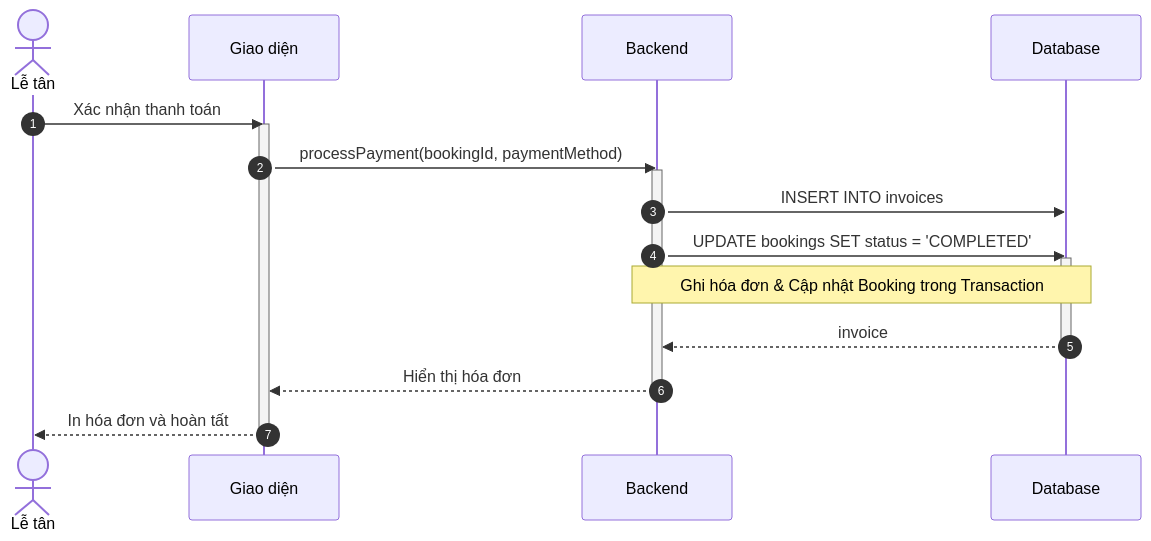
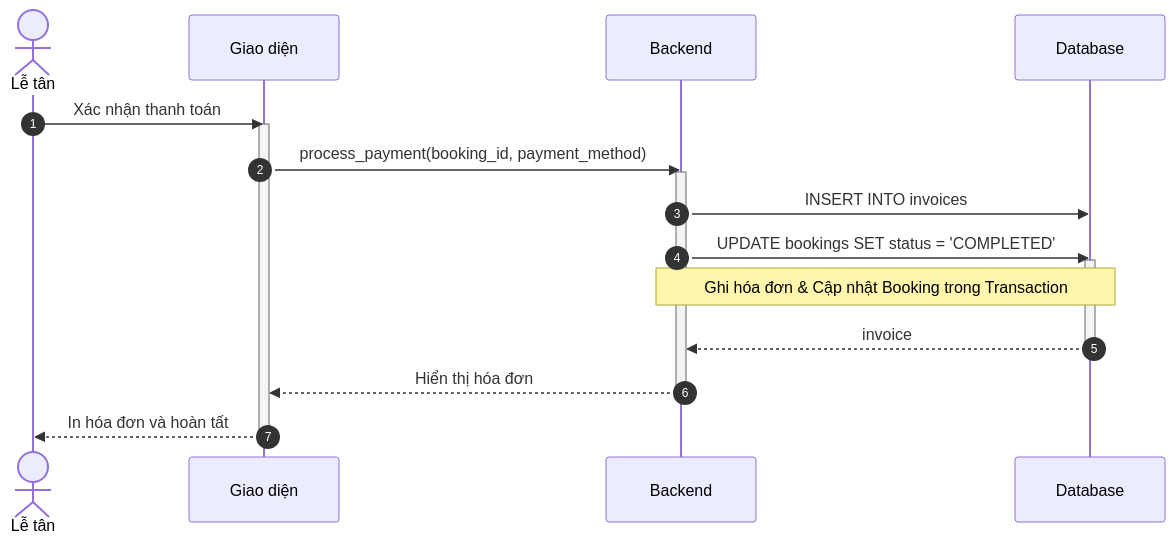
Before and after one commit to ngoctinn/Synapse: the fifth of 8 diagrams in docs/design/sequences/receptionist_flows.md, drawn with Mermaid. The commit also changed other lines of this file and 4 other files, not shown here.

Commit message:
docs: Add activity and sequence diagrams for authentication, customer, receptionist, and technician flows.

````diff
--- a/docs/design/sequences/receptionist_flows.md
+++ b/docs/design/sequences/receptionist_flows.md
@@ -185,26 +185,26 @@
 ```mermaid
 sequenceDiagram
     autonumber
     actor LT as Lễ tân
     participant UI as Giao diện
     participant BE as Backend
     participant DB as Database
 
     LT->>UI: Xác nhận thanh toán
     activate UI
-    UI->>BE: processPayment(bookingId, paymentMethod)
+    UI->>BE: process_payment(booking_id, payment_method)
     activate BE
 
     BE->>DB: INSERT INTO invoices
     BE->>DB: UPDATE bookings SET status = 'COMPLETED'
     activate DB
     Note over BE,DB: Ghi hóa đơn & Cập nhật Booking trong Transaction
     DB-->>BE: invoice
     deactivate DB
 
     BE-->>UI: Hiển thị hóa đơn
     deactivate BE
 
     UI-->>LT: In hóa đơn và hoàn tất
     deactivate UI
 ```
````
